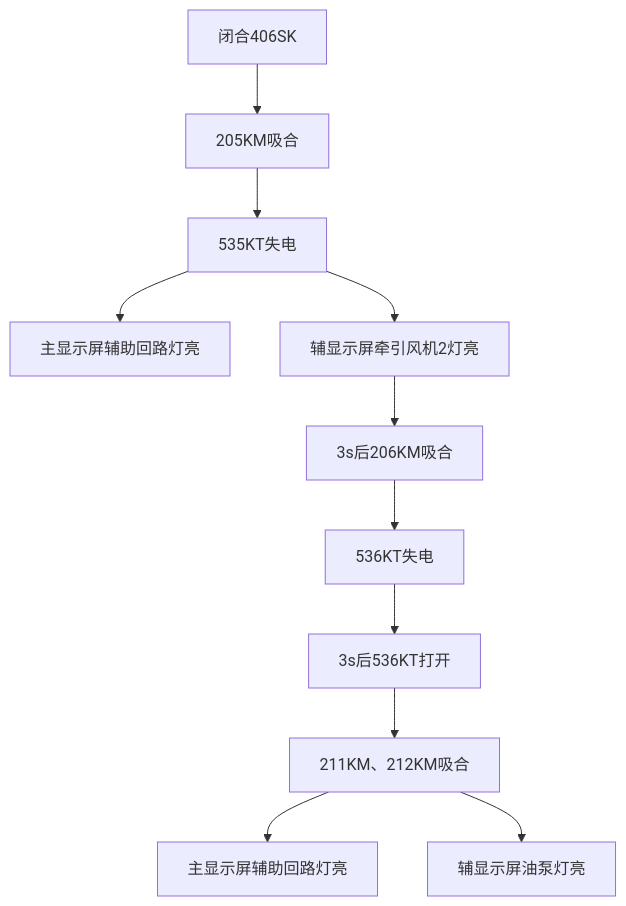
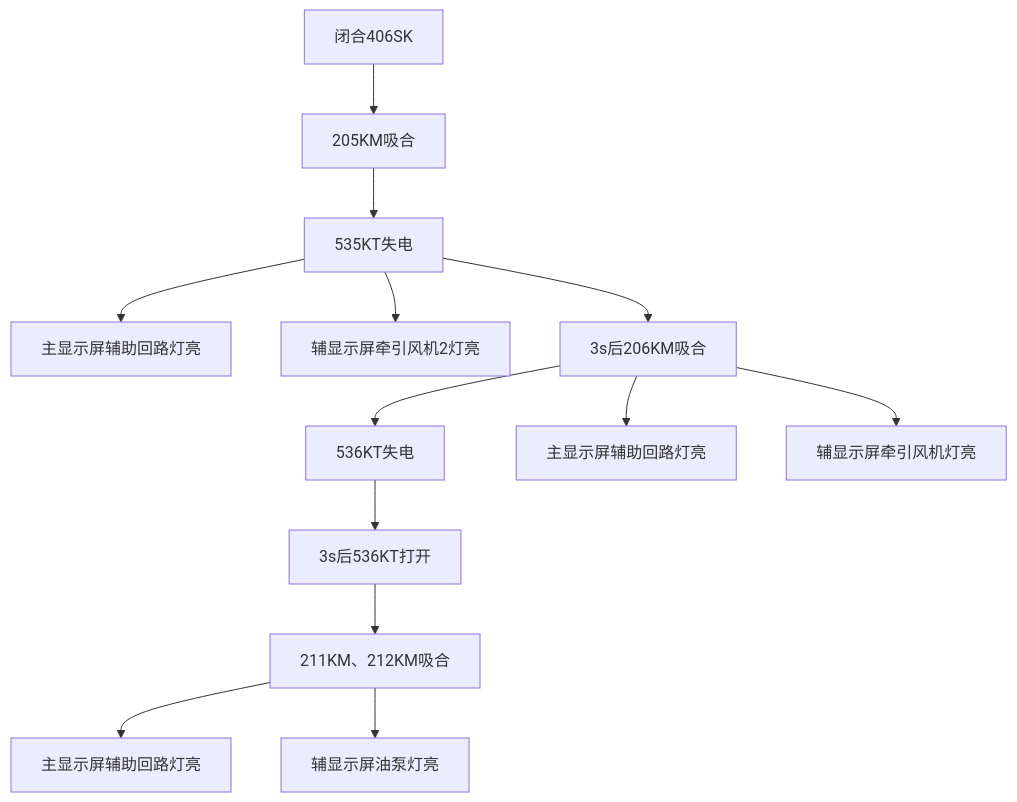
The eighth of 10 diagrams in 2026实训/低压试验 0907-0924/低压试验笔记.md (cjy0812/23school-note), drawn with Mermaid before and after one commit. The commit also changed other lines of this file, not shown here.

First line of the commit message:
fix: 低压实验-流程图走向错误

````diff
--- a/2026实训/低压试验 0907-0924/低压试验笔记.md
+++ b/2026实训/低压试验 0907-0924/低压试验笔记.md
@@ -297,20 +308,21 @@
 ```mermaid
 flowchart TD
 
 A[闭合406SK]
 --> B[205KM吸合]
 
 B --> C[535KT失电]
 C --> D[主显示屏辅助回路灯亮]
 C --> E[辅显示屏牵引风机2灯亮]
+C --> F[3s后206KM吸合]
 
-E --> F[3s后206KM吸合]
 F --> G[536KT失电]
+F --> H[主显示屏辅助回路灯亮]
+F --> I[辅显示屏牵引风机灯亮]
 
-G --> H[3s后536KT打开]
+G --> J[3s后536KT打开]
+J --> K[211KM、212KM吸合]
 
-H --> I[211KM、212KM吸合]
-
-I --> J[主显示屏辅助回路灯亮]
-I --> K[辅显示屏油泵灯亮]
+K --> L[主显示屏辅助回路灯亮]
+K --> M[辅显示屏油泵灯亮]
 ```
````
